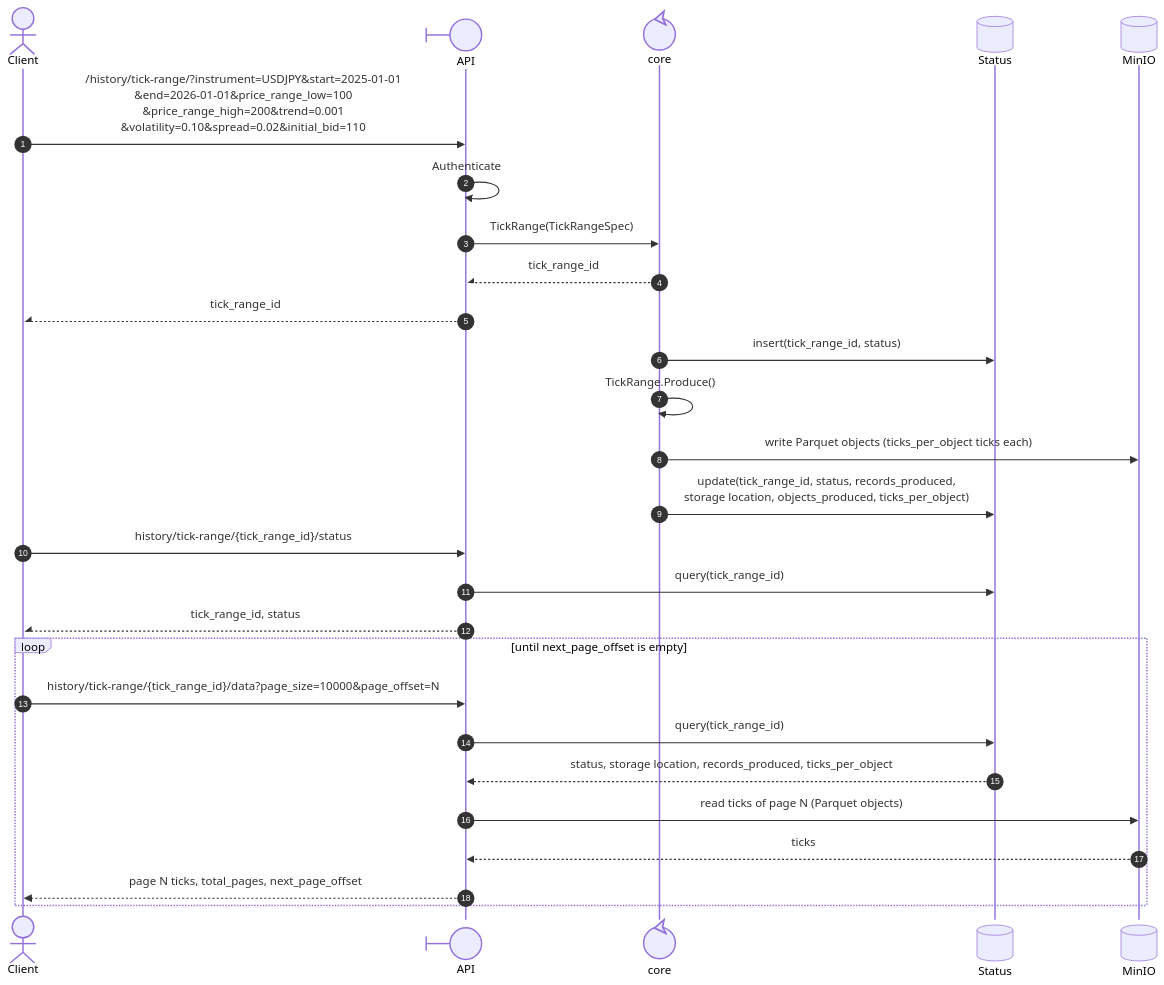
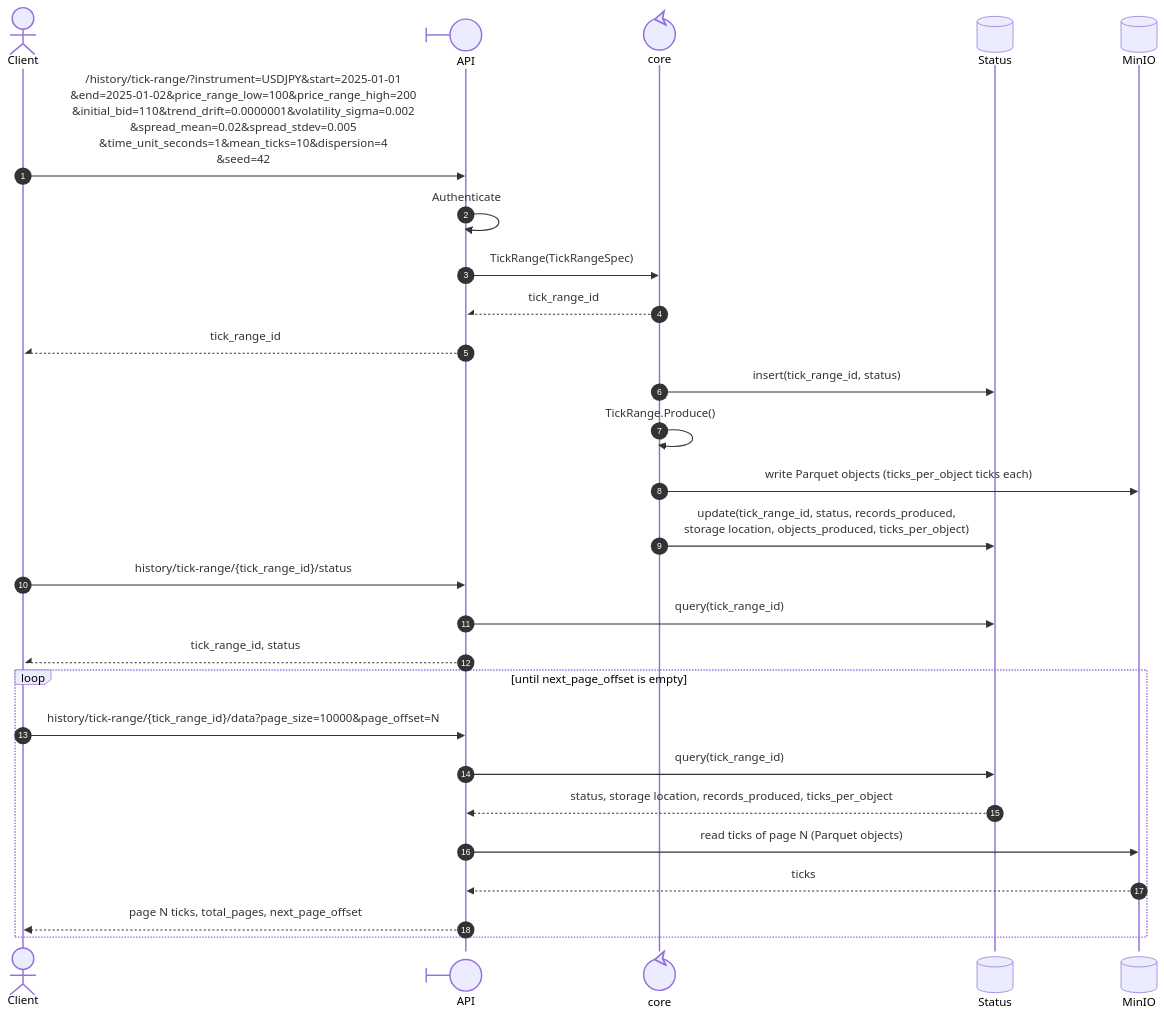
Before and after one commit to mchiuminatto/synthetick: the fourth of 4 diagrams in docs/design/domain-analysis.md, drawn with Mermaid. The commit also changed other lines of this file and 1 other file, not shown here.

First line of the commit message:
Document domain event storage, aggregate data model and tick generation

````diff
--- a/docs/design/domain-analysis.md
+++ b/docs/design/domain-analysis.md
@@ -237,31 +283,31 @@
 ```mermaid
 sequenceDiagram
     autonumber
     actor Client
     participant API@{"type": "boundary", "alias": "API"} as API
     participant Core@{"type": "control", "alias": "core"} as Core
     participant DB@{"type": "database", "alias": "Status"} as Status
     participant Storage@{"type": "database", "alias": "Storage"} as MinIO
 
-    Client ->> API: /history/tick-range/?instrument=USDJPY&start=2025-01-01<br>&end=2026-01-01&price_range_low=100<br>&price_range_high=200&trend=0.001<br>&volatility=0.10&spread=0.02&initial_bid=110
+    Client ->> API: /history/tick-range/?instrument=USDJPY&start=2025-01-01<br>&end=2025-01-02&price_range_low=100&price_range_high=200<br>&initial_bid=110&trend_drift=0.0000001&volatility_sigma=0.002<br>&spread_mean=0.02&spread_stdev=0.005<br>&time_unit_seconds=1&mean_ticks=10&dispersion=4<br>&seed=42
     API ->> API: Authenticate
     API ->> Core: TickRange(TickRangeSpec)
     Core --|/ API: tick_range_id
     API --|/ Client: tick_range_id
     Core ->> DB: insert(tick_range_id, status)
     Core ->> Core: TickRange.Produce()
     Core ->> Storage: write Parquet objects (ticks_per_object ticks each)
     Core ->> DB: update(tick_range_id, status, records_produced,<br>storage location, objects_produced, ticks_per_object)
     Client ->> API: history/tick-range/{tick_range_id}/status
     API ->> DB: query(tick_range_id)
     API --|/ Client: tick_range_id, status
     loop until next_page_offset is empty
         Client ->> API: history/tick-range/{tick_range_id}/data?page_size=10000&page_offset=N
         API ->> DB: query(tick_range_id)
         DB -->> API: status, storage location, records_produced, ticks_per_object
         API ->> Storage: read ticks of page N (Parquet objects)
         Storage -->> API: ticks
         API -->> Client: page N ticks, total_pages, next_page_offset
     end
 
 ```
````
